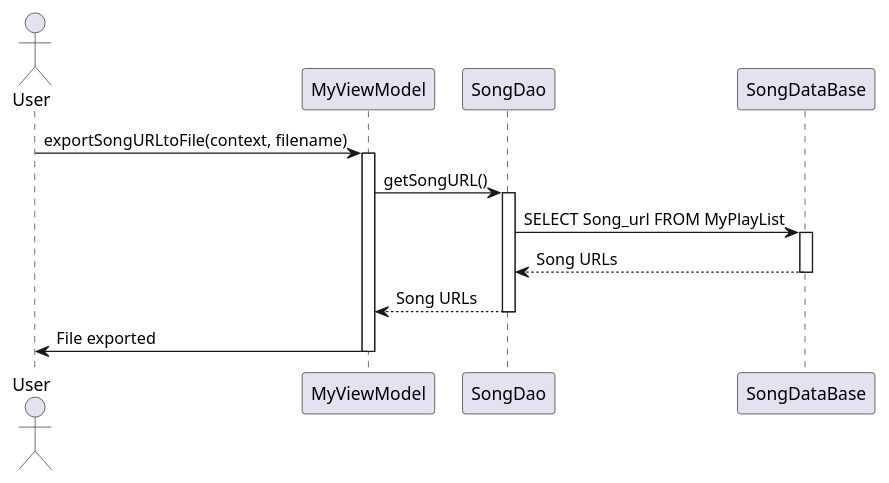
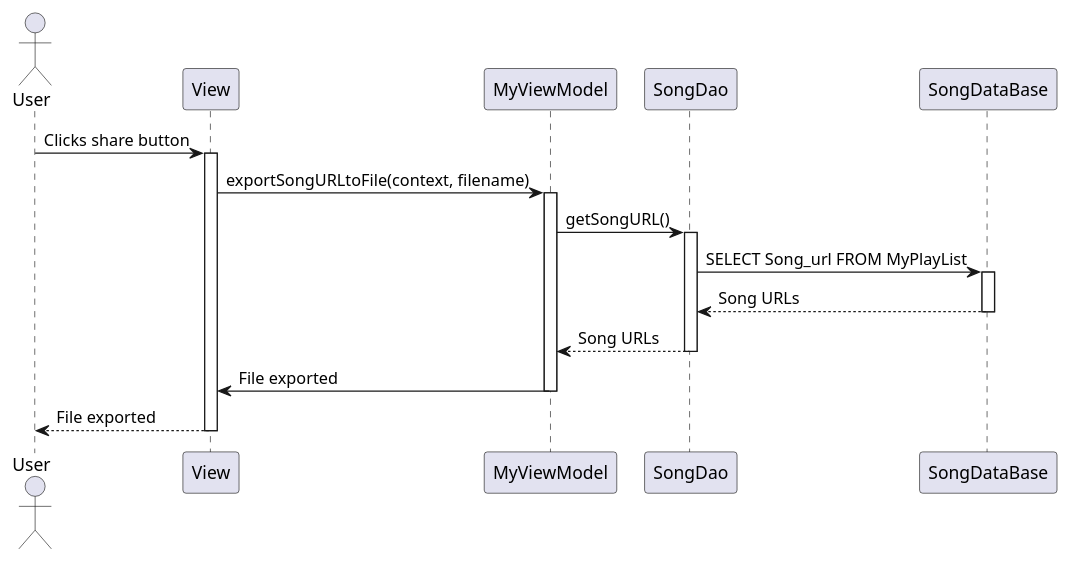
One commit to Zhan5410/kotlin_paper changed the diagram in res/export_song.puml. Above: the diagram before and after it, drawn with PlantUML. The commit also changed 25 other files, not shown here.

```diff
--- a/res/export_song.puml
+++ b/res/export_song.puml
@@ -1,18 +1,24 @@
 @startuml export_song
 actor User
+participant View
 participant "MyViewModel" as VM
 participant "SongDao" as Dao
 participant "SongDataBase" as DB
-User -> VM: exportSongURLtoFile(context, filename)
+
+User -> View: Clicks share button
+activate View
+View -> VM: exportSongURLtoFile(context, filename)
 activate VM
 VM -> Dao: getSongURL()
 activate Dao
 Dao -> DB: SELECT Song_url FROM MyPlayList
 activate DB
 DB --> Dao: Song URLs
 deactivate DB
 Dao --> VM: Song URLs
 deactivate Dao
-VM -> User: File exported
+VM -> View: File exported
 deactivate VM
+View --> User: File exported
+deactivate View
 @enduml
```
